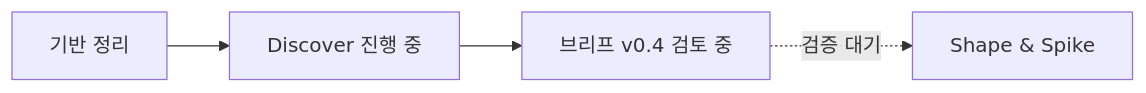
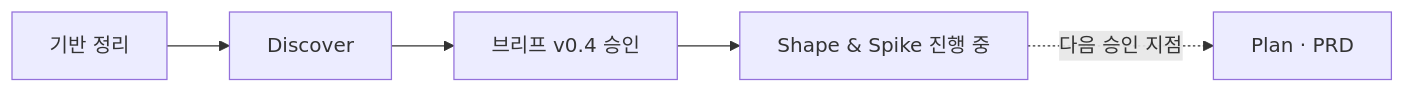
Before and after one commit to shotgun1107/codex-usage-tracker: the second of 2 diagrams in PROCESS.md, drawn with Mermaid. The commit also changed other lines of this file and 4 other files, not shown here.

````diff
--- a/PROCESS.md
+++ b/PROCESS.md
@@ -76,5 +76,5 @@
 ```mermaid
 flowchart LR
-    A["기반 정리"] --> B["Discover 진행 중"] --> C["브리프 v0.4 검토 중"]
-    C -. "검증 대기" .-> D["Shape & Spike"]
+    A["기반 정리"] --> B["Discover"] --> C["브리프 v0.4 승인"] --> D["Shape & Spike 진행 중"]
+    D -. "다음 승인 지점" .-> E["Plan · PRD"]
 ```
````
